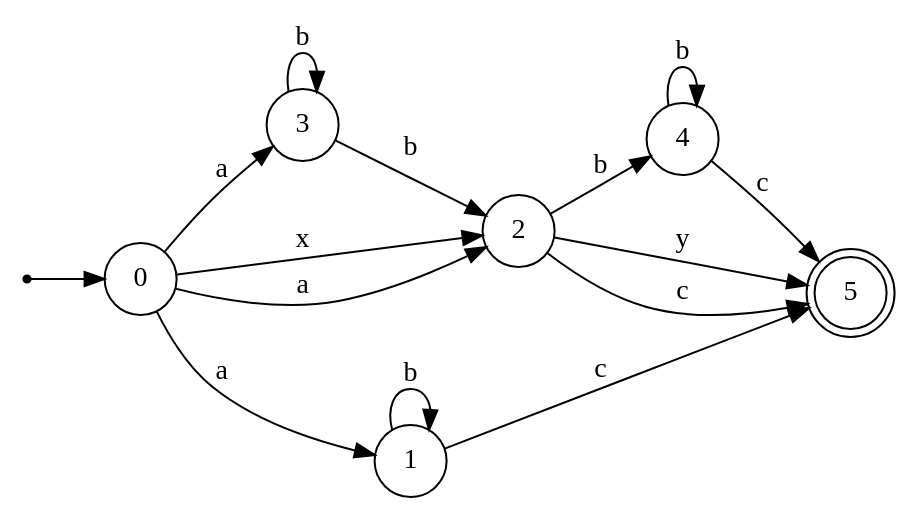
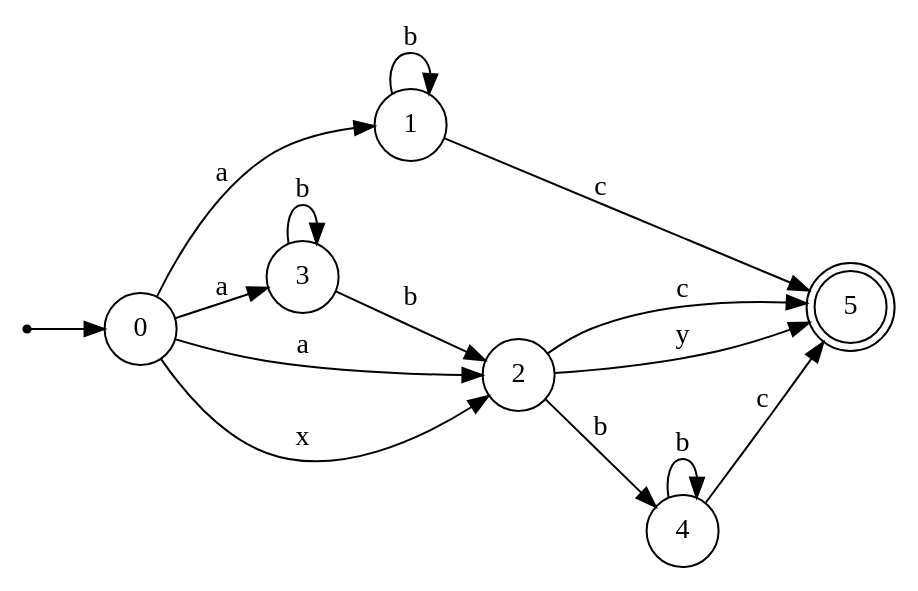
Before and after one commit to LeonardoDeFaveri/NFA-minimization: the diagram in nfa.gv, drawn with Graphviz. The commit also changed other lines of this file and 15 other files, not shown here.

```diff
--- a/nfa.gv
+++ b/nfa.gv
@@ -1,25 +1,25 @@
 digraph {
 	rankdir = LR;
 	size = "30,20";
 	node [shape = point]; "dummy0"
 	node [shape = circle]; "0"
 	"dummy0" -> "0";
+	node [shape = circle]; "3";
 	node [shape = doublecircle]; "5";
+	node [shape = circle]; "1";
 	node [shape = circle]; "4";
 	node [shape = circle]; "2";
-	node [shape = circle]; "1";
-	node [shape = circle]; "3";
+	"1" -> "1" [label = "b"];
+	"1" -> "5" [label = "c"];
+	"0" -> "2" [label = "x"];
+	"0" -> "3" [label = "a"];
+	"0" -> "2" [label = "a"];
+	"0" -> "1" [label = "a"];
+	"4" -> "4" [label = "b"];
 	"4" -> "5" [label = "c"];
-	"4" -> "4" [label = "b"];
-	"1" -> "5" [label = "c"];
-	"1" -> "1" [label = "b"];
-	"0" -> "2" [label = "x"];
-	"0" -> "1" [label = "a"];
-	"0" -> "2" [label = "a"];
-	"0" -> "3" [label = "a"];
+	"2" -> "5" [label = "c"];
+	"2" -> "4" [label = "b"];
+	"2" -> "5" [label = "y"];
 	"3" -> "2" [label = "b"];
 	"3" -> "3" [label = "b"];
-	"2" -> "5" [label = "y"];
-	"2" -> "4" [label = "b"];
-	"2" -> "5" [label = "c"];
 }
```
